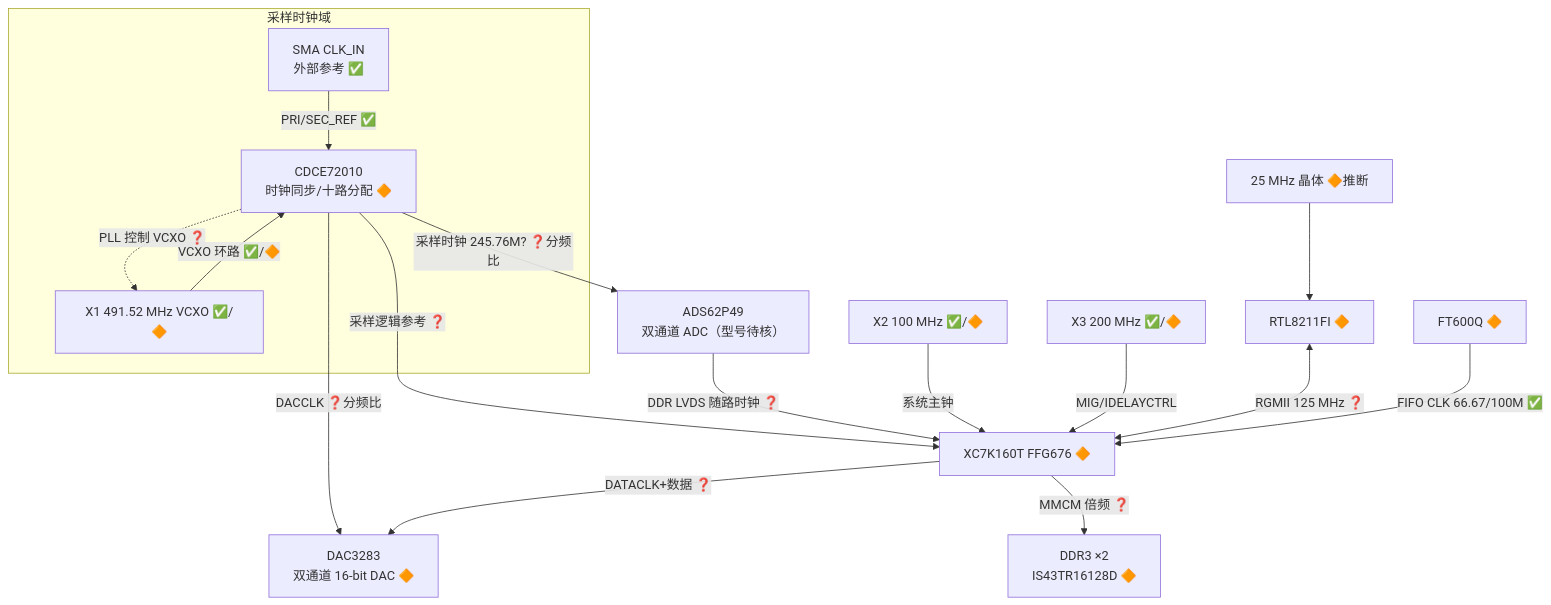
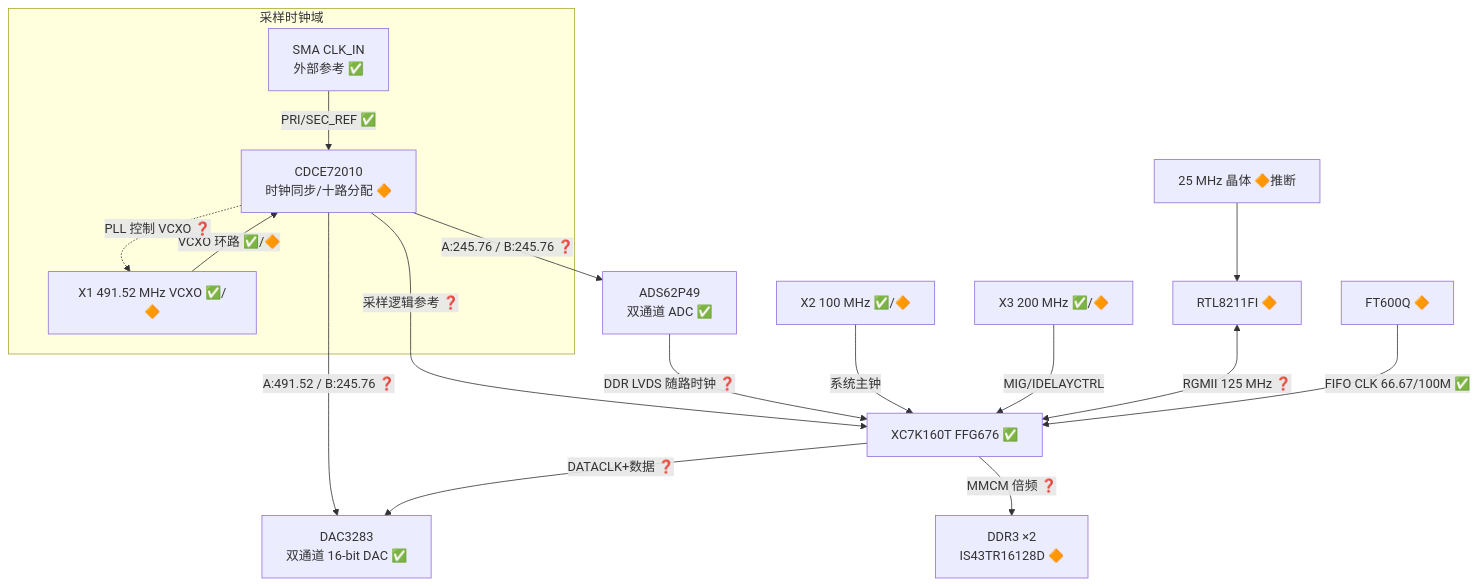
The diagram in zero0000-research/01_hardware/时钟树.md (9997433-bit/MD), drawn with Mermaid before and after one commit. The commit also changed other lines of this file and 7 other files, not shown here.

````diff
--- a/zero0000-research/01_hardware/时钟树.md
+++ b/zero0000-research/01_hardware/时钟树.md
@@ -39,29 +42,29 @@
 ```mermaid
 flowchart TD
     subgraph 采样时钟域
         CLKIN["SMA CLK_IN<br/>外部参考 ✅"]
         X1["X1 491.52 MHz VCXO ✅/🔶"]
         CDCE["CDCE72010<br/>时钟同步/十路分配 🔶"]
         CLKIN -->|"PRI/SEC_REF ✅"| CDCE
         X1 -->|"VCXO 环路 ✅/🔶"| CDCE
         CDCE -.->|"PLL 控制 VCXO ❓"| X1
     end
 
-    ADC["ADS62P49<br/>双通道 ADC（型号待核）"]
-    DAC["DAC3283<br/>双通道 16-bit DAC 🔶"]
-    FPGA["XC7K160T FFG676 🔶"]
+    ADC["ADS62P49<br/>双通道 ADC ✅"]
+    DAC["DAC3283<br/>双通道 16-bit DAC ✅"]
+    FPGA["XC7K160T FFG676 ✅"]
 
-    CDCE -->|"采样时钟 245.76M? ❓分频比"| ADC
-    CDCE -->|"DACCLK ❓分频比"| DAC
+    CDCE -->|"A:245.76 / B:245.76 ❓"| ADC
+    CDCE -->|"A:491.52 / B:245.76 ❓"| DAC
     CDCE -->|"采样逻辑参考 ❓"| FPGA
     ADC -->|"DDR LVDS 随路时钟 ❓"| FPGA
     FPGA -->|"DATACLK+数据 ❓"| DAC
 
     X2["X2 100 MHz ✅/🔶"] -->|"系统主钟"| FPGA
     X3["X3 200 MHz ✅/🔶"] -->|"MIG/IDELAYCTRL"| FPGA
     FPGA -->|"MMCM 倍频 ❓"| DDR3["DDR3 ×2<br/>IS43TR16128D 🔶"]
 
     XTAL25["25 MHz 晶体 🔶推断"] --> PHY["RTL8211FI 🔶"]
     PHY <-->|"RGMII 125 MHz ❓"| FPGA
     FT["FT600Q 🔶"] -->|"FIFO CLK 66.67/100M ✅"| FPGA
 ```
````
